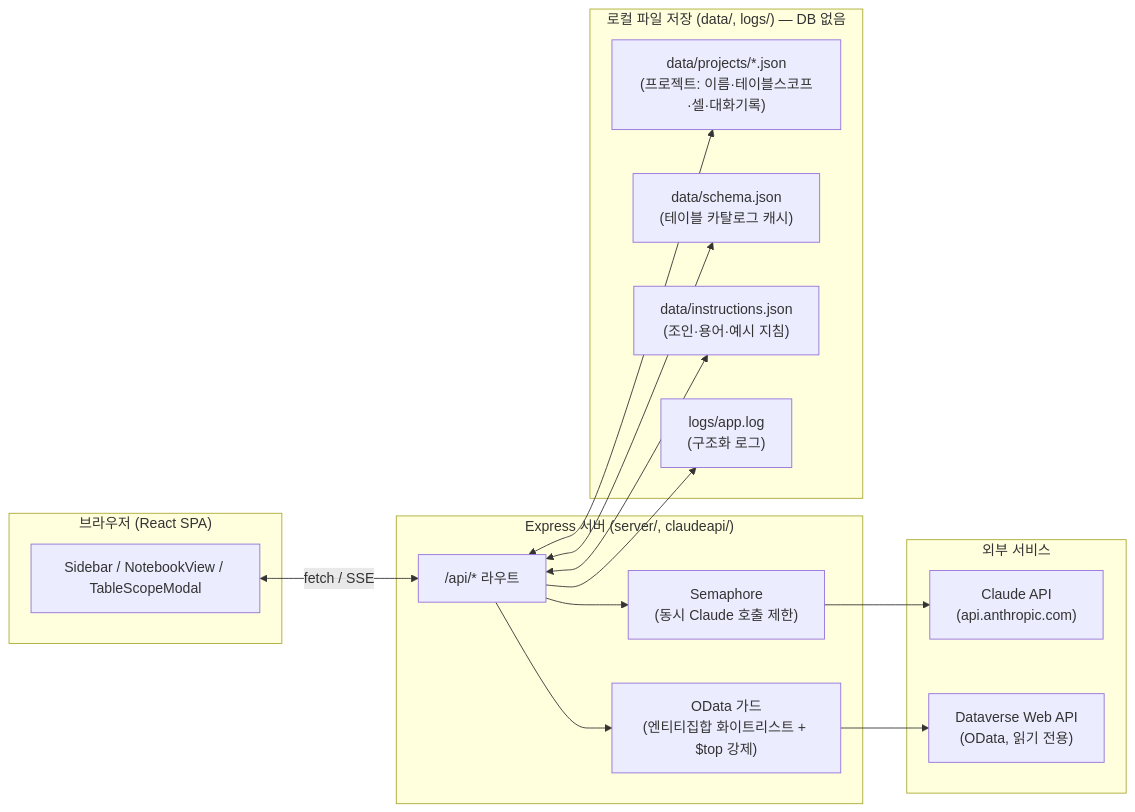
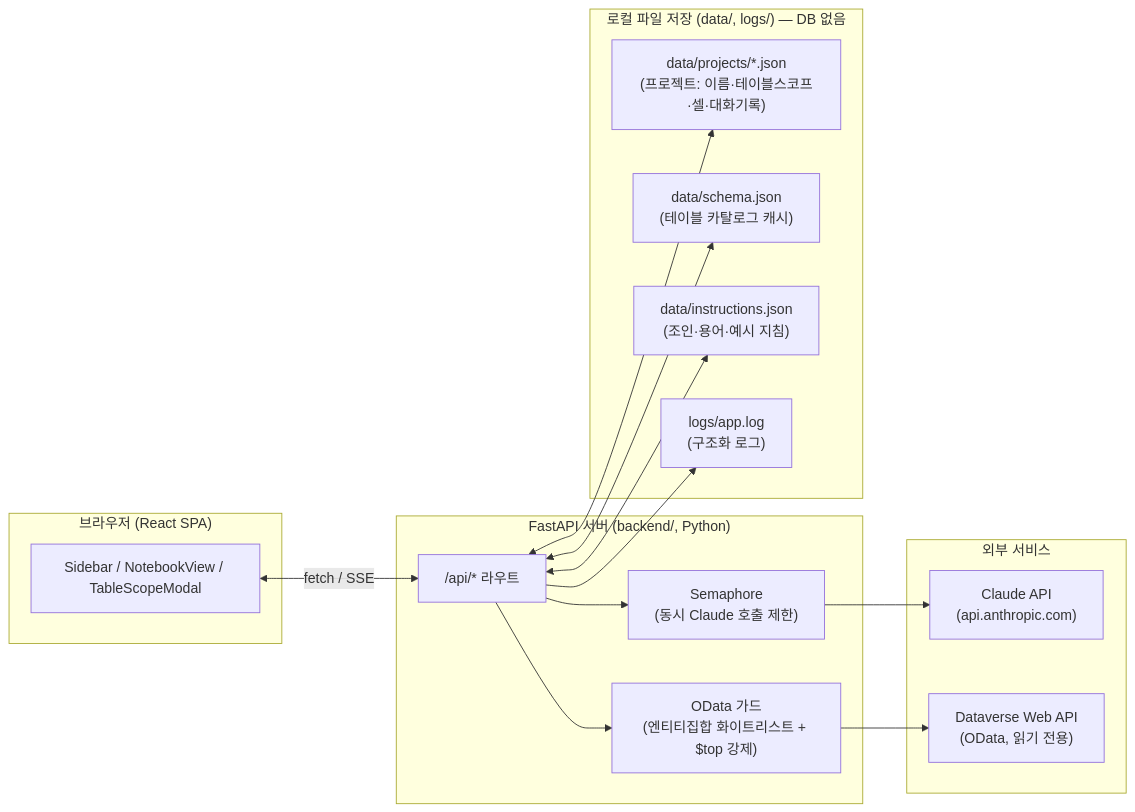
One commit to hansu0317/cloud-mcp-azure changed the first of 2 diagrams in README.md. Above: the diagram before and after it, drawn with Mermaid. The commit also changed other lines of this file and 27 other files, not shown here.

First line of the commit message:
refactor(backend): TypeScript/Express 백엔드를 Python/FastAPI로 전환

````diff
--- a/README.md
+++ b/README.md
@@ -13,32 +13,32 @@
 ```mermaid
 flowchart LR
     subgraph Browser["브라우저 (React SPA)"]
         UI["Sidebar / NotebookView / TableScopeModal"]
     end
 
-    subgraph Server["Express 서버 (server/, claudeapi/)"]
+    subgraph Server["FastAPI 서버 (backend/, Python)"]
         API["/api/* 라우트"]
         Guard["OData 가드\n(엔티티집합 화이트리스트 + $top 강제)"]
         Sem["Semaphore\n(동시 Claude 호출 제한)"]
     end
 
     subgraph External["외부 서비스"]
         Claude["Claude API\n(api.anthropic.com)"]
         DV["Dataverse Web API\n(OData, 읽기 전용)"]
     end
 
     subgraph Disk["로컬 파일 저장 (data/, logs/) — DB 없음"]
         Proj["data/projects/*.json\n(프로젝트: 이름·테이블스코프·셀·대화기록)"]
         Schema["data/schema.json\n(테이블 카탈로그 캐시)"]
         Inst["data/instructions.json\n(조인·용어·예시 지침)"]
         Log["logs/app.log\n(구조화 로그)"]
     end
 
     UI <-- "fetch / SSE" --> API
     API --> Sem --> Claude
     API --> Guard --> DV
     API <--> Proj
     API <--> Schema
     API <--> Inst
     API --> Log
 ```
````
